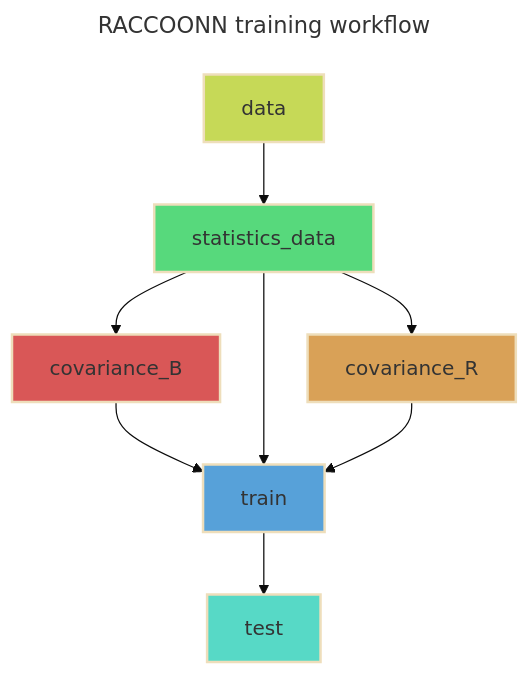
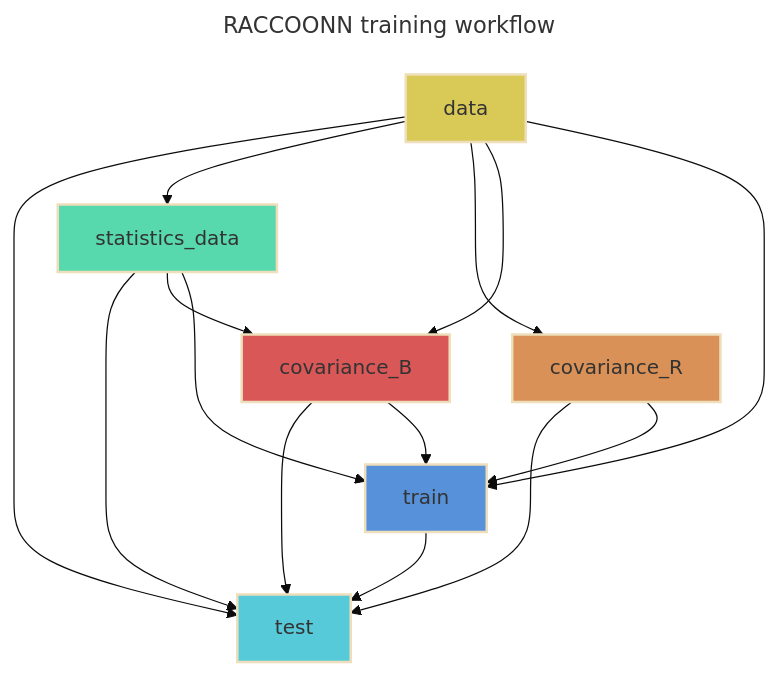
Before and after one commit to tremblaybenoit/RACCOONN: the diagram in README.md, drawn with Mermaid (base theme). The commit also changed other lines of this file and 8 other files, not shown here.

````diff
--- a/README.md
+++ b/README.md
@@ -37,25 +40,31 @@
 ```mermaid
 ---
 title: RACCOONN training workflow
 ---
 flowchart TB
 	id0[test]
-	id1[train]
+	id1[data]
 	id2[statistics_data]
-	id3[data]
+	id3[covariance_R]
 	id4[covariance_B]
-	id5[covariance_R]
-	style id0 fill:#57D9C6,stroke-width:2px,color:#333333
-	style id1 fill:#57A1D9,stroke-width:2px,color:#333333
-	style id2 fill:#57D97C,stroke-width:2px,color:#333333
-	style id3 fill:#C6D957,stroke-width:2px,color:#333333
+	id5[train]
+	style id0 fill:#57CAD9,stroke-width:2px,color:#333333
+	style id1 fill:#D9CA57,stroke-width:2px,color:#333333
+	style id2 fill:#57D9AD,stroke-width:2px,color:#333333
+	style id3 fill:#D99157,stroke-width:2px,color:#333333
 	style id4 fill:#D95757,stroke-width:2px,color:#333333
-	style id5 fill:#D9A157,stroke-width:2px,color:#333333
+	style id5 fill:#5791D9,stroke-width:2px,color:#333333
+	id5 --> id0
+	id3 --> id0
 	id1 --> id0
-	id4 --> id1
-	id2 --> id1
-	id5 --> id1
-	id3 --> id2
+	id2 --> id0
+	id4 --> id0
+	id1 --> id2
+	id1 --> id3
+	id1 --> id4
 	id2 --> id4
+	id1 --> id5
 	id2 --> id5
+	id3 --> id5
+	id4 --> id5
 ```
````
